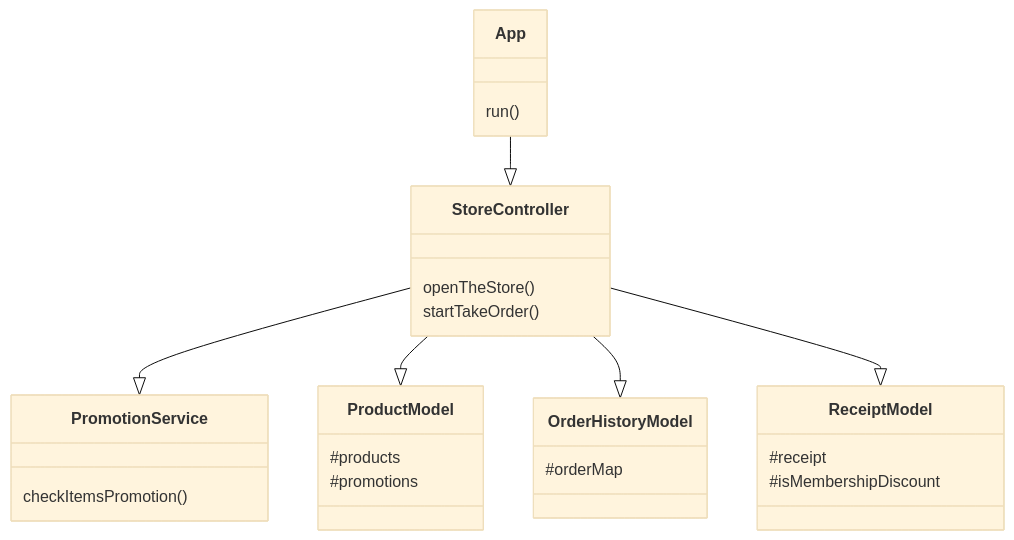
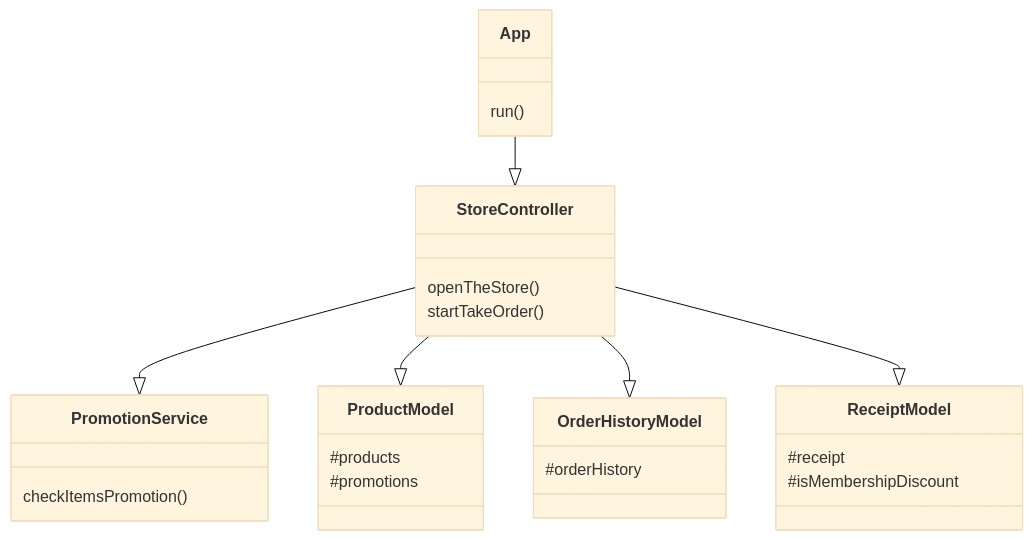
Before and after one commit to guesung/javascript-convenience-store-7-guesung: the diagram in README.md, drawn with Mermaid (base theme). The commit also changed other lines of this file, not shown here.

Commit message:
docs: README 업데이트

````diff
--- a/README.md
+++ b/README.md
@@ -190,36 +190,36 @@
 ```mermaid
 classDiagram
   App --|> StoreController
   StoreController --|> PromotionService
   StoreController --|> ProductModel
   StoreController --|> OrderHistoryModel
   StoreController --|> ReceiptModel
 
   class App{
 	  run()
   }
 
   class StoreController{
 	  openTheStore()
 
 	  startTakeOrder()
   }
 
   class PromotionService{
 	  checkItemsPromotion()
   }
 
   class ProductModel{
 	  #products
 	  #promotions
   }
 
   class OrderHistoryModel{
-	  #orderMap
+	  #orderHistory
   }
 
   class ReceiptModel{
 	  #receipt
 	  #isMembershipDiscount
   }
 ```
````
